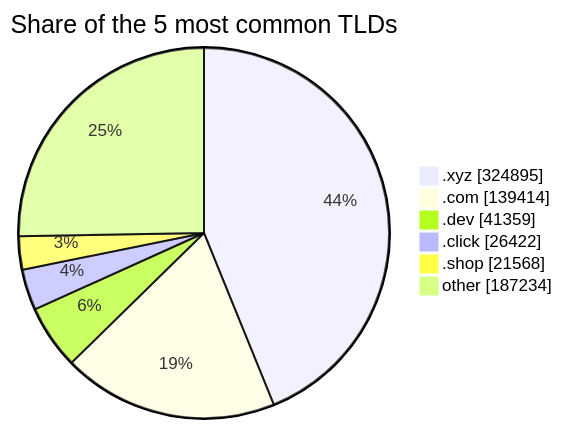
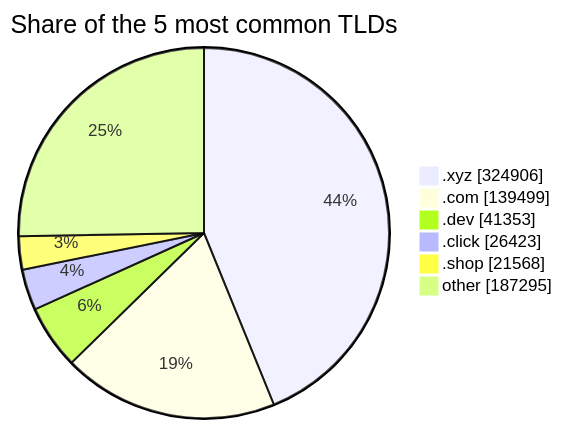
Before and after one commit to DNSBunker/CTI: the third of 3 diagrams in README.md, drawn with Mermaid. The commit also changed other lines of this file and 3 other files, not shown here.

````diff
--- a/README.md
+++ b/README.md
@@ -81,9 +81,9 @@
 ```mermaid
 pie showData title Share of the 5 most common TLDs
-    ".xyz" : 324895
-    ".com" : 139414
-    ".dev" : 41359
-    ".click" : 26422
+    ".xyz" : 324906
+    ".com" : 139499
+    ".dev" : 41353
+    ".click" : 26423
     ".shop" : 21568
-    "other" : 187234
+    "other" : 187295
 ```
````
